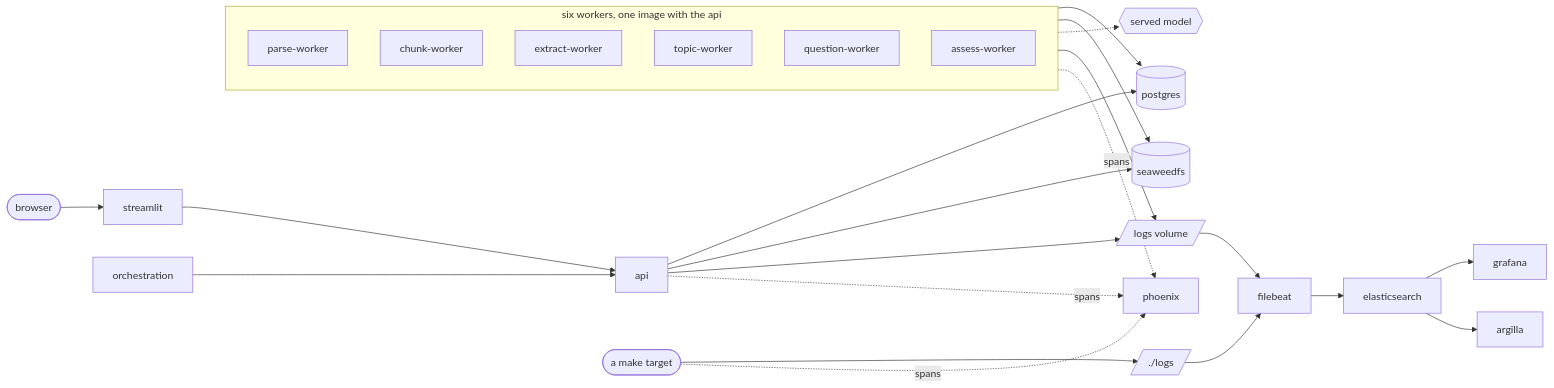
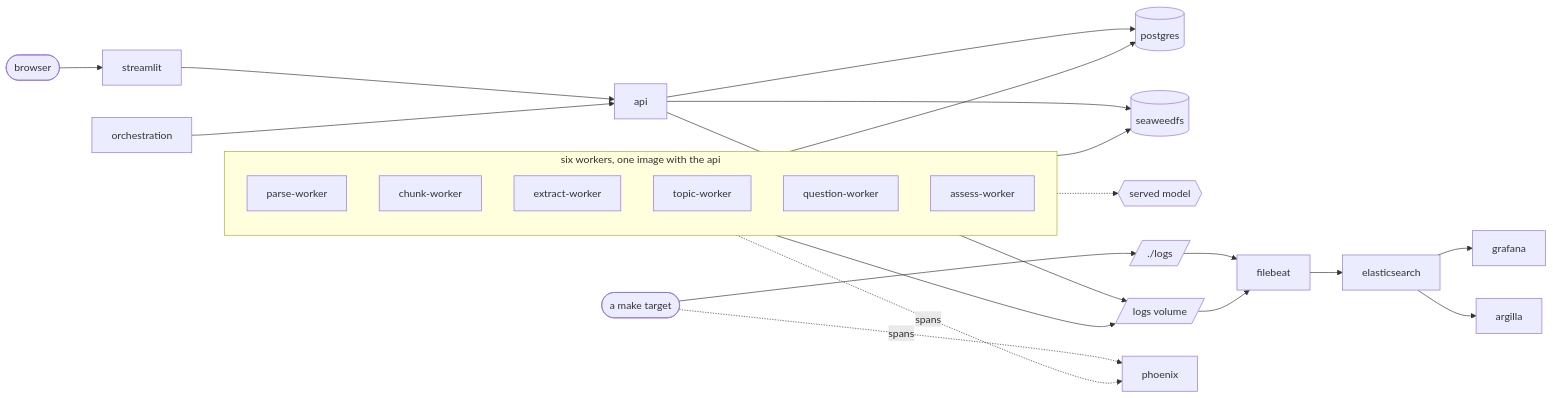
Before and after one commit to hazemkhaled-94/faq_generator: the fourth of 4 diagrams in docs/architecture.md, drawn with Mermaid. The commit also changed other lines of this file, not shown here.

Commit message:
The architecture page says a host drain refuses while its stage's worker runs, chunking reads parse_status only to queue, the api exports no spans, only a named run gets its own Phoenix project, and ports live in deployment.env

````diff
--- a/docs/architecture.md
+++ b/docs/architecture.md
@@ -164,30 +166,29 @@
 ```mermaid
 flowchart LR
     browser([browser]) --> streamlit
     streamlit --> api
     orchestration --> api
     api --> pg[(postgres)]
     api --> s3[(seaweedfs)]
 
     subgraph workers [six workers, one image with the api]
         parse-worker
         chunk-worker
         extract-worker
         topic-worker
         question-worker
         assess-worker
     end
     workers --> pg
     workers --> s3
     workers -.-> model{{served model}}
 
     workers --> logs[/logs volume/]
     api --> logs
     host([a make target]) --> hostlogs[/./logs/]
     hostlogs --> filebeat
     logs --> filebeat --> elasticsearch --> grafana
     host -.spans.-> phoenix
     workers -.spans.-> phoenix
-    api -.spans.-> phoenix
     elasticsearch --> argilla
 ```
````
